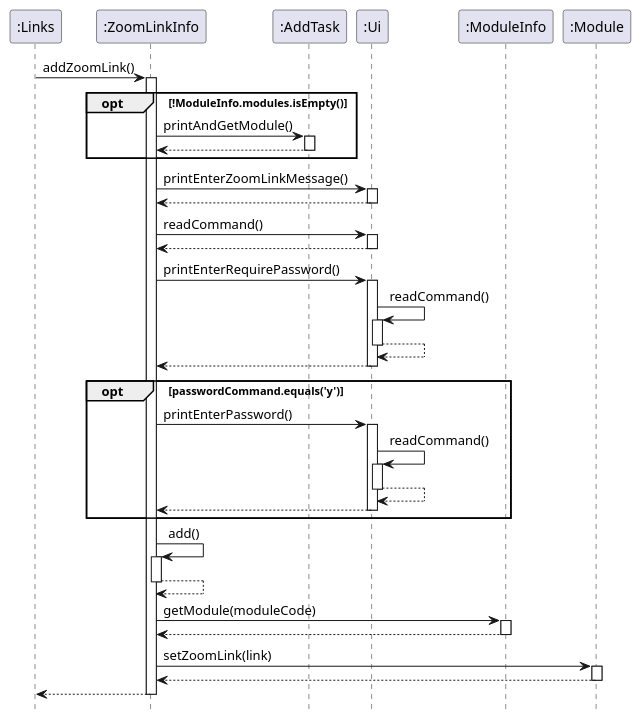
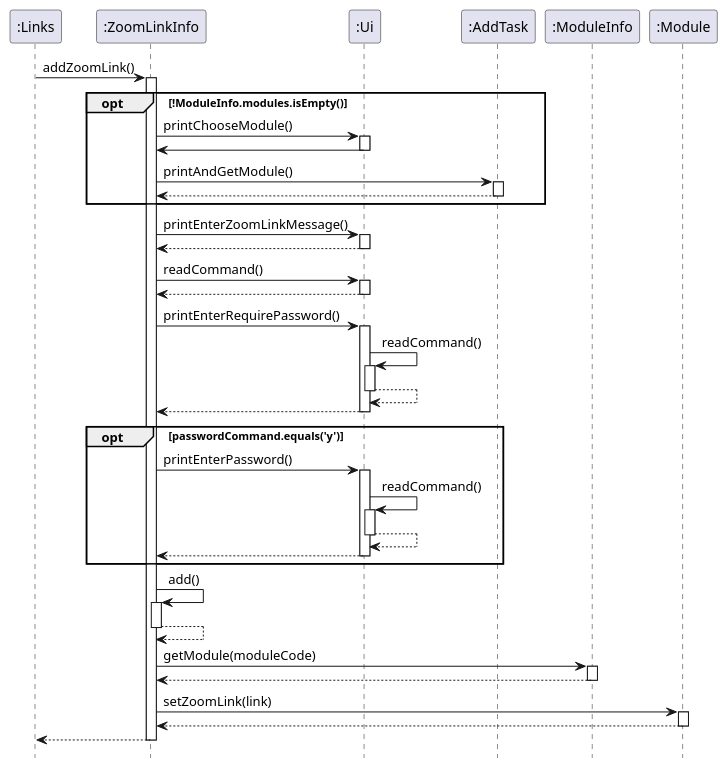
One commit to nus-cs2113-AY2021S2/tp changed the diagram in docs/diagrams/links/addZoomLink.puml. Above: the diagram before and after it, drawn with PlantUML. The commit also changed 2 other files, not shown here.

Commit message:
update dg diagram in addZoomLink

```diff
--- a/docs/diagrams/links/addZoomLink.puml
+++ b/docs/diagrams/links/addZoomLink.puml
@@ -1,54 +1,58 @@
 @startuml
 hide footbox
 
 ":Links" -> ":ZoomLinkInfo" : addZoomLink()
 activate ":ZoomLinkInfo"
 
 opt !ModuleInfo.modules.isEmpty()
+":ZoomLinkInfo" -> ":Ui" : printChooseModule()
+activate ":Ui"
+":Ui" -> ":ZoomLinkInfo"
+deactivate ":Ui"
 ":ZoomLinkInfo" -> ":AddTask" : printAndGetModule()
 activate ":AddTask"
 ":AddTask" --> ":ZoomLinkInfo"
 deactivate ":AddTask"
 end
 ":ZoomLinkInfo" -> ":Ui" : printEnterZoomLinkMessage()
 activate ":Ui"
 ":Ui" --> ":ZoomLinkInfo"
 deactivate ":Ui"
 ":ZoomLinkInfo" -> ":Ui" : readCommand()
 activate ":Ui"
 ":Ui" --> ":ZoomLinkInfo"
 deactivate ":Ui"
 ":ZoomLinkInfo" -> ":Ui" : printEnterRequirePassword()
 activate ":Ui"
 ":Ui" -> ":Ui" : readCommand()
 activate ":Ui"
 ":Ui" --> ":Ui"
 deactivate ":Ui"
 ":Ui" --> ":ZoomLinkInfo"
 deactivate ":Ui"
 
 opt passwordCommand.equals('y')
 ":ZoomLinkInfo" -> ":Ui" : printEnterPassword()
 activate ":Ui"
 ":Ui" -> ":Ui" : readCommand()
 activate ":Ui"
 ":Ui" --> ":Ui"
 deactivate ":Ui"
 ":Ui" --> ":ZoomLinkInfo"
 deactivate ":Ui"
 end
 
 ":ZoomLinkInfo" -> ":ZoomLinkInfo" : add()
 activate ":ZoomLinkInfo"
 ":ZoomLinkInfo" --> ":ZoomLinkInfo"
 deactivate ":ZoomLinkInfo"
 ":ZoomLinkInfo" -> ":ModuleInfo" : getModule(moduleCode)
 activate ":ModuleInfo"
 ":ModuleInfo" --> ":ZoomLinkInfo"
 deactivate ":ModuleInfo"
 ":ZoomLinkInfo" -> ":Module" : setZoomLink(link)
 activate ":Module"
 ":Module" --> ":ZoomLinkInfo"
 deactivate
 return
 @enduml
```
